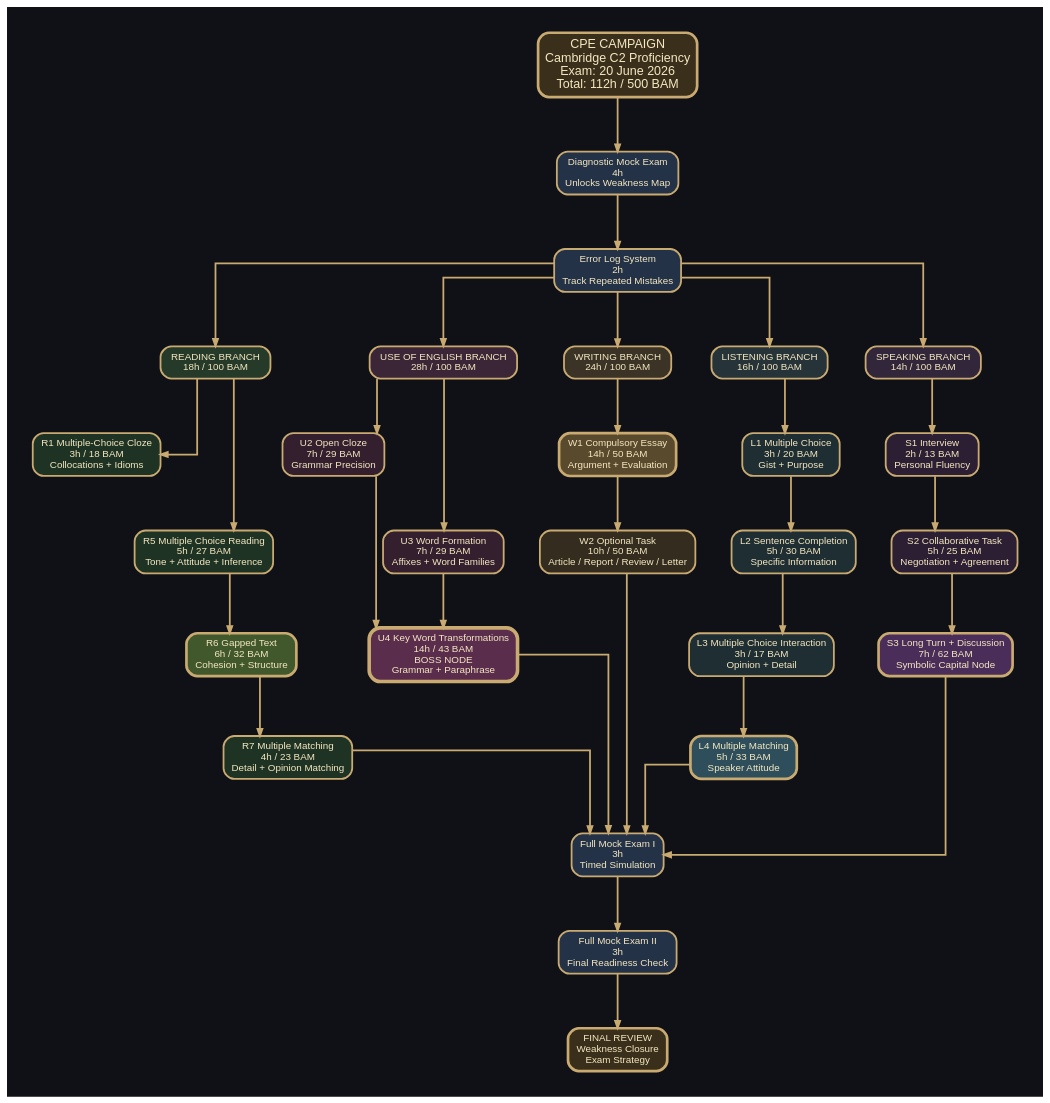
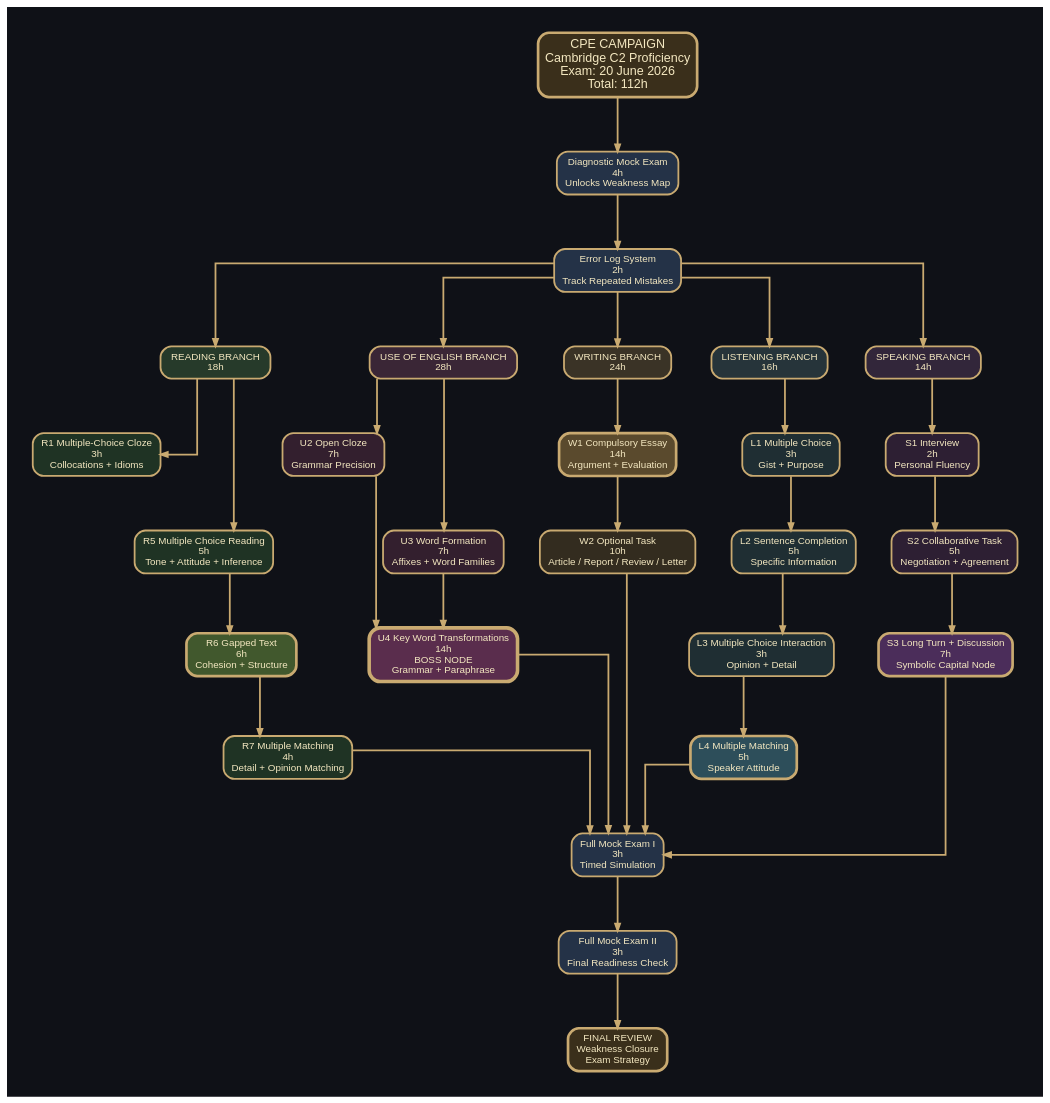
Before and after one commit to igor-mitrovic/Planning: the diagram in CPE.dot, drawn with Graphviz.

Commit message:
add focus tree without monerary calculation

```diff
--- a/CPE.dot
+++ b/CPE.dot
@@ -26,13 +26,8 @@
         arrowsize=0.8
     ];
 
-    // =========================
-    // ROOT / META BRANCH
-    // =========================
-
     CPE [
-        label="CPE CAMPAIGN\nCambridge C2 Proficiency\nExam: 20 June 2026\nTotal: 112h / 500 BAM",
-        shape=box,
+        label="CPE CAMPAIGN\nCambridge C2 Proficiency\nExam: 20 June 2026\nTotal: 112h",
         fillcolor="#3a2f1b",
         fontsize=14,
         penwidth=3
@@ -51,32 +46,28 @@
     CPE -> Diagnostic;
     Diagnostic -> ErrorLog;
 
-    // =========================
-    // MAIN SCORE BRANCHES
-    // =========================
-
     ReadingCore [
-        label="READING BRANCH\n18h / 100 BAM",
+        label="READING BRANCH\n18h",
         fillcolor="#263a2a"
     ];
 
     UseCore [
-        label="USE OF ENGLISH BRANCH\n28h / 100 BAM",
+        label="USE OF ENGLISH BRANCH\n28h",
         fillcolor="#3a2636"
     ];
 
     WritingCore [
-        label="WRITING BRANCH\n24h / 100 BAM",
+        label="WRITING BRANCH\n24h",
         fillcolor="#3a3326"
     ];
 
     ListeningCore [
-        label="LISTENING BRANCH\n16h / 100 BAM",
+        label="LISTENING BRANCH\n16h",
         fillcolor="#26343a"
     ];
 
     SpeakingCore [
-        label="SPEAKING BRANCH\n14h / 100 BAM",
+        label="SPEAKING BRANCH\n14h",
         fillcolor="#32263a"
     ];
 
@@ -91,23 +82,23 @@
     // =========================
 
     R1 [
-        label="R1 Multiple-Choice Cloze\n3h / 18 BAM\nCollocations + Idioms",
+        label="R1 Multiple-Choice Cloze\n3h\nCollocations + Idioms",
         fillcolor="#1f3324"
     ];
 
     R5 [
-        label="R5 Multiple Choice Reading\n5h / 27 BAM\nTone + Attitude + Inference",
+        label="R5 Multiple Choice Reading\n5h\nTone + Attitude + Inference",
         fillcolor="#1f3324"
     ];
 
     R6 [
-        label="R6 Gapped Text\n6h / 32 BAM\nCohesion + Structure",
+        label="R6 Gapped Text\n6h\nCohesion + Structure",
         fillcolor="#41582d",
         penwidth=3
     ];
 
     R7 [
-        label="R7 Multiple Matching\n4h / 23 BAM\nDetail + Opinion Matching",
+        label="R7 Multiple Matching\n4h\nDetail + Opinion Matching",
         fillcolor="#1f3324"
     ];
 
@@ -121,17 +112,17 @@
     // =========================
 
     U2 [
-        label="U2 Open Cloze\n7h / 29 BAM\nGrammar Precision",
+        label="U2 Open Cloze\n7h\nGrammar Precision",
         fillcolor="#331f2e"
     ];
 
     U3 [
-        label="U3 Word Formation\n7h / 29 BAM\nAffixes + Word Families",
+        label="U3 Word Formation\n7h\nAffixes + Word Families",
         fillcolor="#331f2e"
     ];
 
     U4 [
-        label="U4 Key Word Transformations\n14h / 43 BAM\nBOSS NODE\nGrammar + Paraphrase",
+        label="U4 Key Word Transformations\n14h\nBOSS NODE\nGrammar + Paraphrase",
         fillcolor="#5a2d4d",
         penwidth=4
     ];
@@ -146,13 +137,13 @@
     // =========================
 
     W1 [
-        label="W1 Compulsory Essay\n14h / 50 BAM\nArgument + Evaluation",
+        label="W1 Compulsory Essay\n14h\nArgument + Evaluation",
         fillcolor="#5a4a2d",
         penwidth=3
     ];
 
     W2 [
-        label="W2 Optional Task\n10h / 50 BAM\nArticle / Report / Review / Letter",
+        label="W2 Optional Task\n10h\nArticle / Report / Review / Letter",
         fillcolor="#332c1f"
     ];
 
@@ -164,22 +155,22 @@
     // =========================
 
     L1 [
-        label="L1 Multiple Choice\n3h / 20 BAM\nGist + Purpose",
+        label="L1 Multiple Choice\n3h\nGist + Purpose",
         fillcolor="#1f2e33"
     ];
 
     L2 [
-        label="L2 Sentence Completion\n5h / 30 BAM\nSpecific Information",
+        label="L2 Sentence Completion\n5h\nSpecific Information",
         fillcolor="#1f2e33"
     ];
 
     L3 [
-        label="L3 Multiple Choice Interaction\n3h / 17 BAM\nOpinion + Detail",
+        label="L3 Multiple Choice Interaction\n3h\nOpinion + Detail",
         fillcolor="#1f2e33"
     ];
 
     L4 [
-        label="L4 Multiple Matching\n5h / 33 BAM\nSpeaker Attitude",
+        label="L4 Multiple Matching\n5h\nSpeaker Attitude",
         fillcolor="#2d4e5a",
         penwidth=3
     ];
@@ -194,17 +185,17 @@
     // =========================
 
     S1 [
-        label="S1 Interview\n2h / 13 BAM\nPersonal Fluency",
+        label="S1 Interview\n2h\nPersonal Fluency",
         fillcolor="#2d1f33"
     ];
 
     S2 [
-        label="S2 Collaborative Task\n5h / 25 BAM\nNegotiation + Agreement",
+        label="S2 Collaborative Task\n5h\nNegotiation + Agreement",
         fillcolor="#2d1f33"
     ];
 
     S3 [
-        label="S3 Long Turn + Discussion\n7h / 62 BAM\nSymbolic Capital Node",
+        label="S3 Long Turn + Discussion\n7h\nSymbolic Capital Node",
         fillcolor="#4b2d5a",
         penwidth=3
     ];
@@ -229,12 +220,10 @@
 
     FinalReview [
         label="FINAL REVIEW\nWeakness Closure\nExam Strategy",
-        shape=box,
         fillcolor="#3a2f1b",
         penwidth=3
     ];
 
-    // Branch convergence
     R7 -> Mock1;
     U4 -> Mock1;
     W2 -> Mock1;
@@ -244,10 +233,6 @@
     Mock1 -> Mock2;
     Mock2 -> FinalReview;
 
-    // =========================
-    // RANKING FOR VISUAL BALANCE
-    // =========================
-
     { rank=same; ReadingCore; UseCore; WritingCore; ListeningCore; SpeakingCore; }
     { rank=same; R1; U2; W1; L1; S1; }
     { rank=same; R5; U3; W2; L2; S2; }
```
